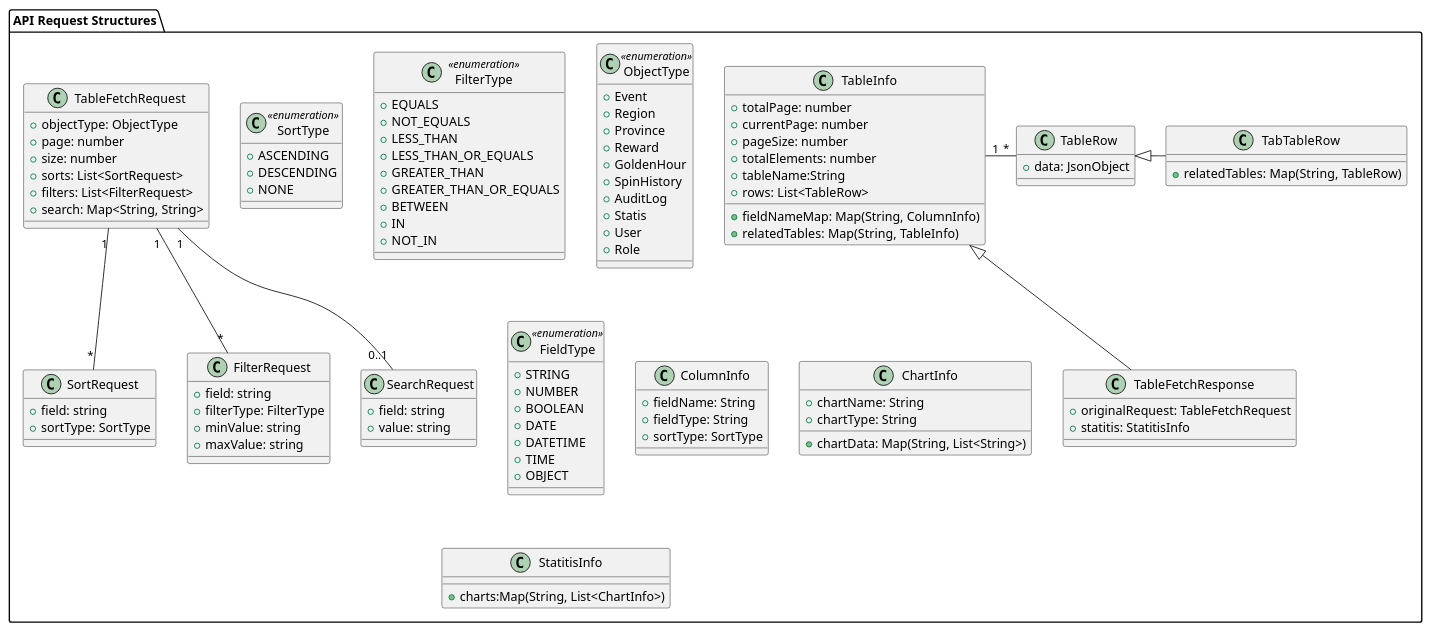
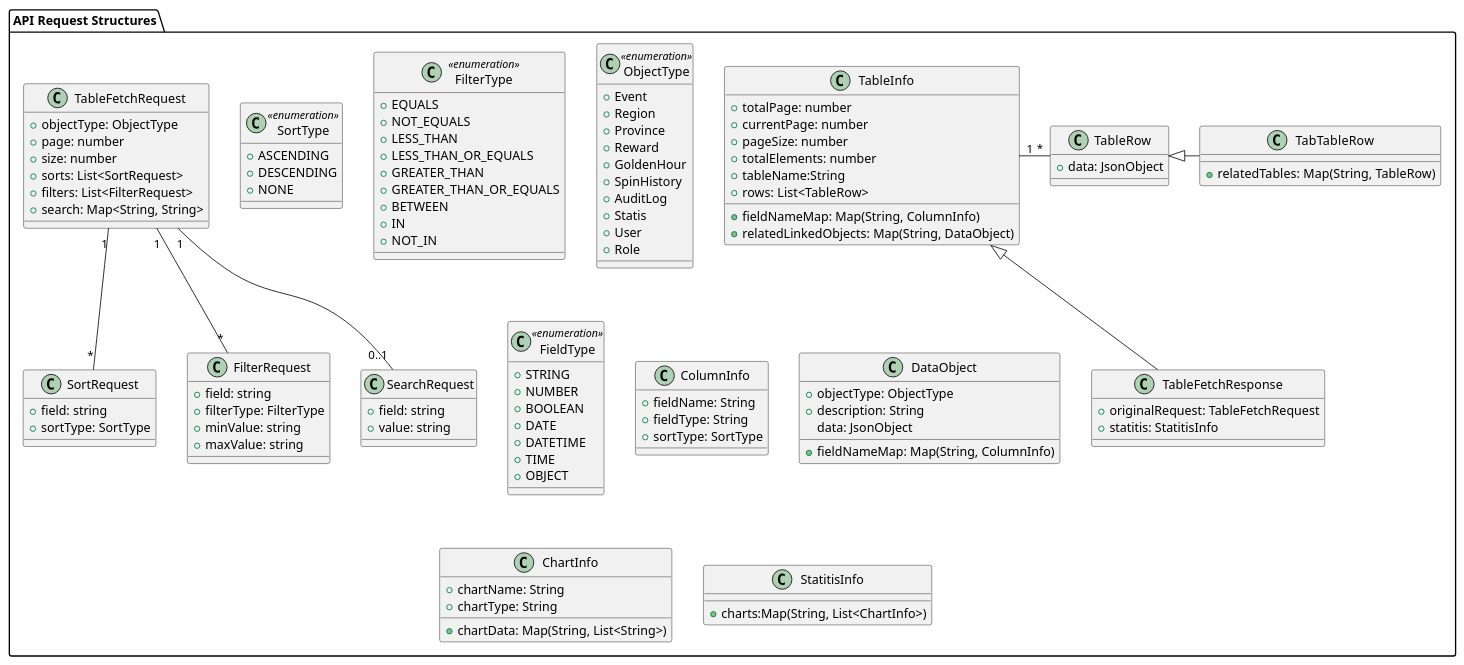
One commit to dnguyenminh/luckydraw-roo changed the diagram in docs/api/CommonAPIRequestAndResponse.puml. Above: the diagram before and after it, drawn with PlantUML.

Commit message:
Transfer not completed project. - Done the front end app partially

```diff
--- a/docs/api/CommonAPIRequestAndResponse.puml
+++ b/docs/api/CommonAPIRequestAndResponse.puml
@@ -1,120 +1,127 @@
 @startuml Request anh Response Structures for Table Components
 
 ' Common API Request and Response Structures for Table Components
 
 package "API Request Structures" {
     class SortType<<enumeration>> {
 
         +ASCENDING
         +DESCENDING
         +NONE
     }
     class SortRequest {
         +field: string
         +sortType: SortType
     }
 
     class FilterType<<enumeration>> {
         +EQUALS
         +NOT_EQUALS
         +LESS_THAN
         +LESS_THAN_OR_EQUALS
         +GREATER_THAN
         +GREATER_THAN_OR_EQUALS
         +BETWEEN
         +IN
         +NOT_IN
     }
     class FilterRequest {
         +field: string
         +filterType: FilterType
         +minValue: string
         +maxValue: string
     }
     class  SearchRequest {
         +field: string
         +value: string
     }
 
     class ObjectType<<enumeration>> {
         +Event
         +Region
         +Province
         +Reward
         +GoldenHour
         +SpinHistory
         +AuditLog
         +Statis
         +User
         +Role
     }
 
     class TableFetchRequest {
         +objectType: ObjectType
         +page: number
         +size: number
         +sorts: List<SortRequest>
         +filters: List<FilterRequest>
         +search: Map<String, String>
     }
 
     class TableRow {
         +data: JsonObject
     }
 
     class TabTableRow{
         +relatedTables: Map(String, TableRow)
     }
 
 
     class FieldType<<enumeration>> {
 
         +STRING
         +NUMBER
         +BOOLEAN
         +DATE
         +DATETIME
         +TIME
         +OBJECT
     }
 
     class ColumnInfo {
         +fieldName: String
         +fieldType: String
         +sortType: SortType
     }
 
+    class DataObject {
+        +objectType: ObjectType
+        +fieldNameMap: Map(String, ColumnInfo)
+        +description: String
+        data: JsonObject
+    }
+
     class TableInfo{
         +totalPage: number
         +currentPage: number
         +pageSize: number
         +totalElements: number
         +tableName:String
         +fieldNameMap: Map(String, ColumnInfo)
         +rows: List<TableRow>
-        +relatedTables: Map(String, TableInfo)
+        +relatedLinkedObjects: Map(String, DataObject)
     }
 
     class ChartInfo {
         +chartName: String
         +chartType: String
         +chartData: Map(String, List<String>)
     }
 
     class StatitisInfo {
         +charts:Map(String, List<ChartInfo>)
     }
 
     class TableFetchResponse {
         +originalRequest: TableFetchRequest
         +statitis: StatitisInfo
     }
 
     TableInfo <|-- TableFetchResponse
     TableInfo "1"-"*" TableRow
     TableFetchRequest "1"--"*" SortRequest
     TableFetchRequest "1"--"*" FilterRequest
     TableFetchRequest "1"--"0..1" SearchRequest
     TableRow <|- TabTableRow
 }
 @enduml
```
